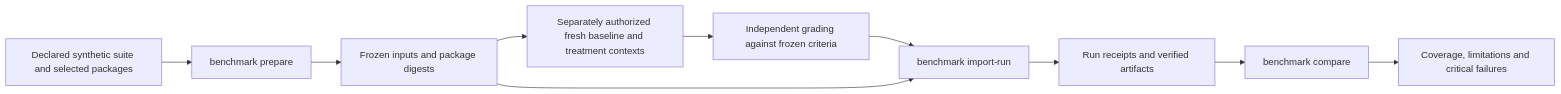
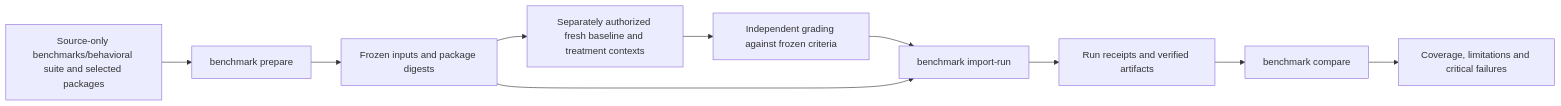
The ninth of 9 diagrams in docs/Architecture.md (i-9-ai/skills), drawn with Mermaid before and after one commit. The commit also changed other lines of this file and 141 other files, not shown here.

````diff
--- a/docs/Architecture.md
+++ b/docs/Architecture.md
@@ -328,12 +333,12 @@
 ```mermaid
 flowchart LR
-    Inputs[Declared synthetic suite and selected packages] --> Prepare[benchmark prepare]
+    Inputs[Source-only benchmarks/behavioral suite and selected packages] --> Prepare[benchmark prepare]
     Prepare --> Freeze[Frozen inputs and package digests]
     Freeze --> Executor[Separately authorized fresh baseline and treatment contexts]
     Executor --> Grade[Independent grading against frozen criteria]
     Grade --> Import[benchmark import-run]
     Freeze --> Import
     Import --> Retained[Run receipts and verified artifacts]
     Retained --> Compare[benchmark compare]
     Compare --> Report[Coverage, limitations and critical failures]
 ```
````
